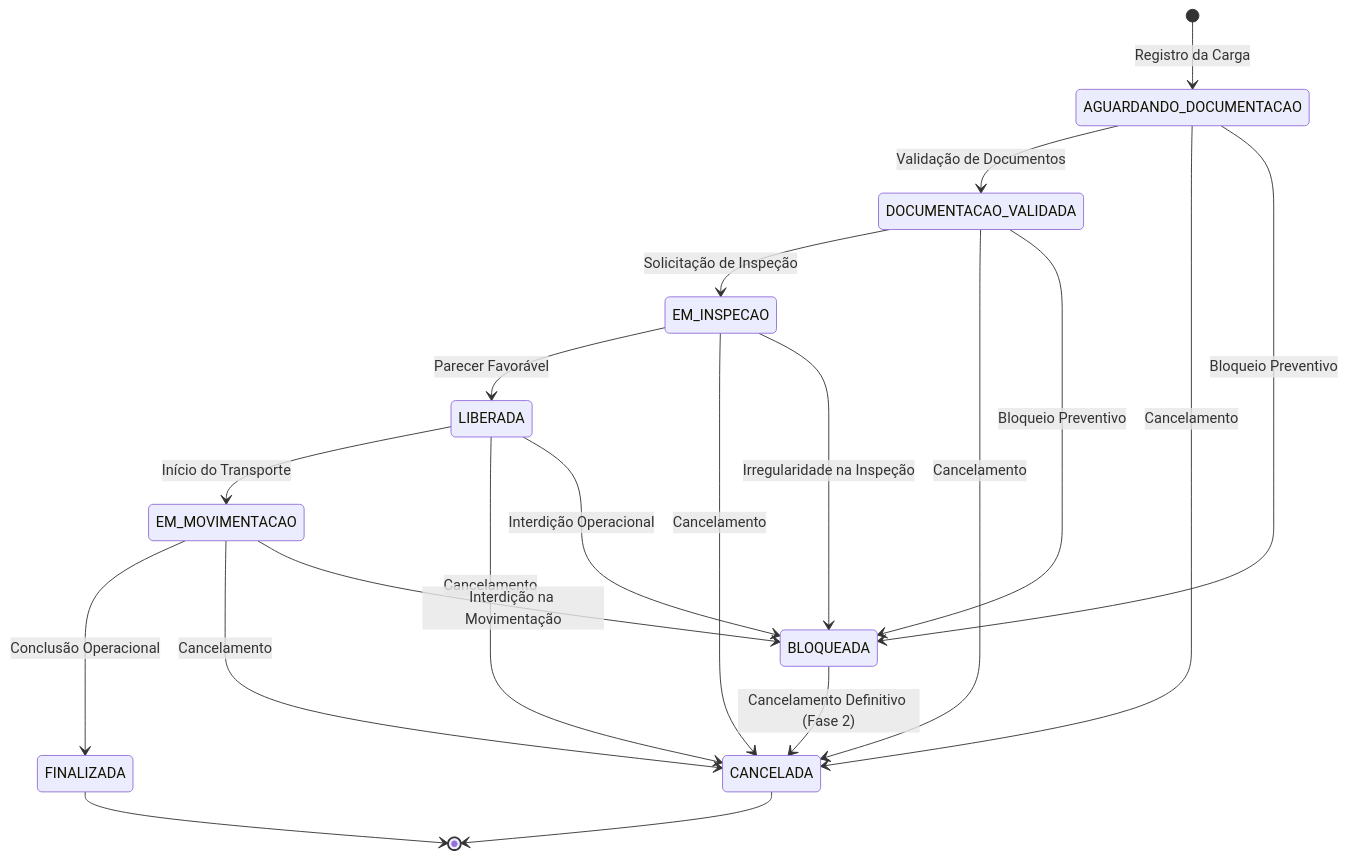
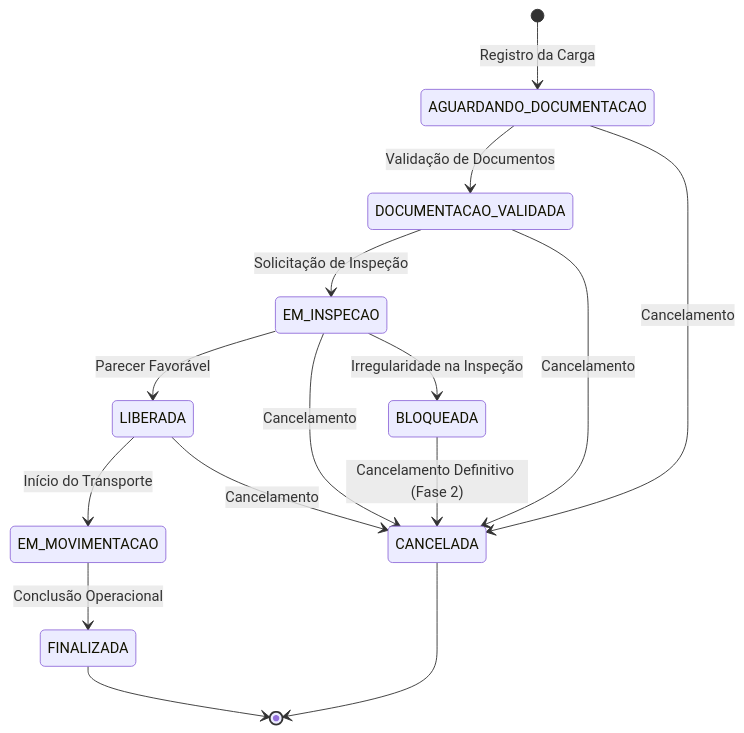
Before and after one commit to gabrixlzdev/QuimiPort: the diagram in docs/1_dominio.md, drawn with Mermaid. The commit also changed other lines of this file and 2 other files, not shown here.

Commit message:
Restringe fluxo de status da carga às 11 transições do enunciado da Fase 2
- Remove as 5 transições extras para BLOQUEADA/CANCELADA que não constam no enunciado (ex.: Registrada→Bloqueada, Em análise→Bloqueada, Liberada→Bloqueada)
- Torna EM_INSPECAO o único ponto de entrada possível para BLOQUEADA, conforme especificado pela FIAP
- Reescreve UC-007 como "Cancelar Carga Bloqueada": o bloqueio passa a ser consequência automática de inspeção reprovada (UC-005), não ação direta do gestor, e remove a menção a desbloqueio/reanálise
- Atualiza os diagramas de estado e a matriz de transições em docs/1, docs/2 e docs/3 para refletir as mesmas 11 transições

````diff
--- a/docs/1_dominio.md
+++ b/docs/1_dominio.md
@@ -111,29 +112,24 @@
 ```mermaid
 stateDiagram-v2
     [*] --> AGUARDANDO_DOCUMENTACAO: Registro da Carga
 
     AGUARDANDO_DOCUMENTACAO --> DOCUMENTACAO_VALIDADA: Validação de Documentos
     AGUARDANDO_DOCUMENTACAO --> CANCELADA: Cancelamento
-    AGUARDANDO_DOCUMENTACAO --> BLOQUEADA: Bloqueio Preventivo
 
     DOCUMENTACAO_VALIDADA --> EM_INSPECAO: Solicitação de Inspeção
     DOCUMENTACAO_VALIDADA --> CANCELADA: Cancelamento
-    DOCUMENTACAO_VALIDADA --> BLOQUEADA: Bloqueio Preventivo
 
     EM_INSPECAO --> LIBERADA: Parecer Favorável
     EM_INSPECAO --> CANCELADA: Cancelamento
     EM_INSPECAO --> BLOQUEADA: Irregularidade na Inspeção
 
     LIBERADA --> EM_MOVIMENTACAO: Início do Transporte
     LIBERADA --> CANCELADA: Cancelamento
-    LIBERADA --> BLOQUEADA: Interdição Operacional
 
     EM_MOVIMENTACAO --> FINALIZADA: Conclusão Operacional
-    EM_MOVIMENTACAO --> CANCELADA: Cancelamento
-    EM_MOVIMENTACAO --> BLOQUEADA: Interdição na Movimentação
 
     BLOQUEADA --> CANCELADA: Cancelamento Definitivo (Fase 2)
 
     FINALIZADA --> [*]
     CANCELADA --> [*]
 ```
````
